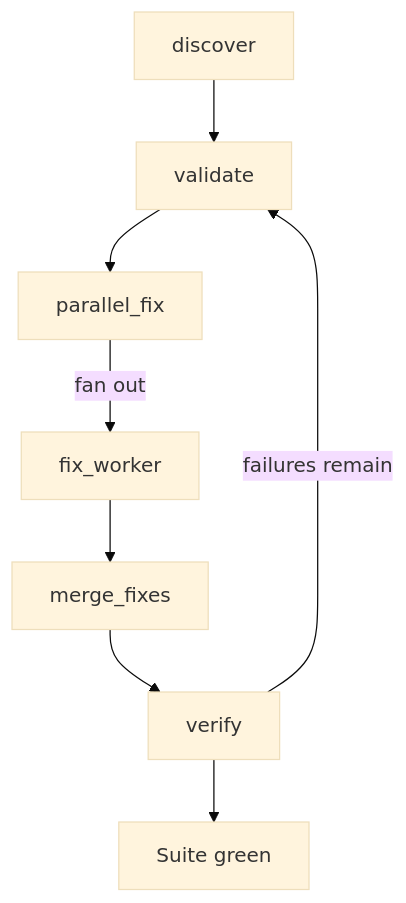
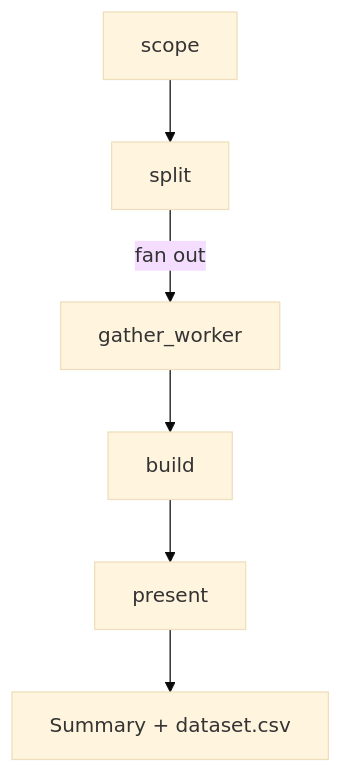
Before and after one commit to GEMISIS/leviath: the fourth of 10 diagrams in docs/content/agent-catalog.md, drawn with Mermaid (base theme). The commit also changed other lines of this file and 41 other files, not shown here.

````diff
--- a/docs/content/agent-catalog.md
+++ b/docs/content/agent-catalog.md
@@ -110,10 +110,8 @@
 ```mermaid
 flowchart TD
-    discover --> validate
-    validate --> parallel_fix
-    parallel_fix -->|fan out| fix_worker
-    fix_worker --> merge_fixes
-    merge_fixes --> verify
-    verify -->|failures remain| validate
-    verify --> complete["Suite green"]
+    scope --> split
+    split -->|fan out| gather_worker
+    gather_worker --> build
+    build --> present
+    present --> done["Summary + dataset.csv"]
 ```
````
